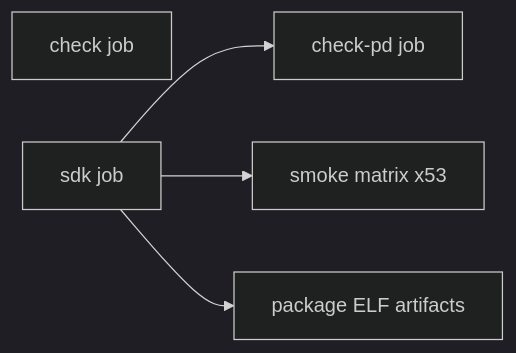
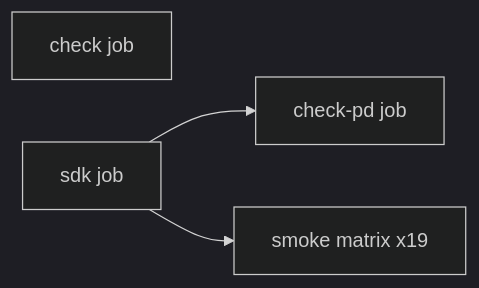
One commit to julerex/lerux changed the diagram in docs/ci.md. Above: the diagram before and after it, drawn with Mermaid (dark theme). The commit also changed other lines of this file and 168 other files, not shown here.

````diff
--- a/docs/ci.md
+++ b/docs/ci.md
@@ -13,11 +12,9 @@
 ```mermaid
 flowchart LR
   check[check job]
   sdk[sdk job]
   checkPd[check-pd job]
-  smoke[smoke matrix x53]
-  package[package ELF artifacts]
+  smoke[smoke matrix x19]
   sdk --> checkPd
   sdk --> smoke
-  sdk --> package
 ```
````
